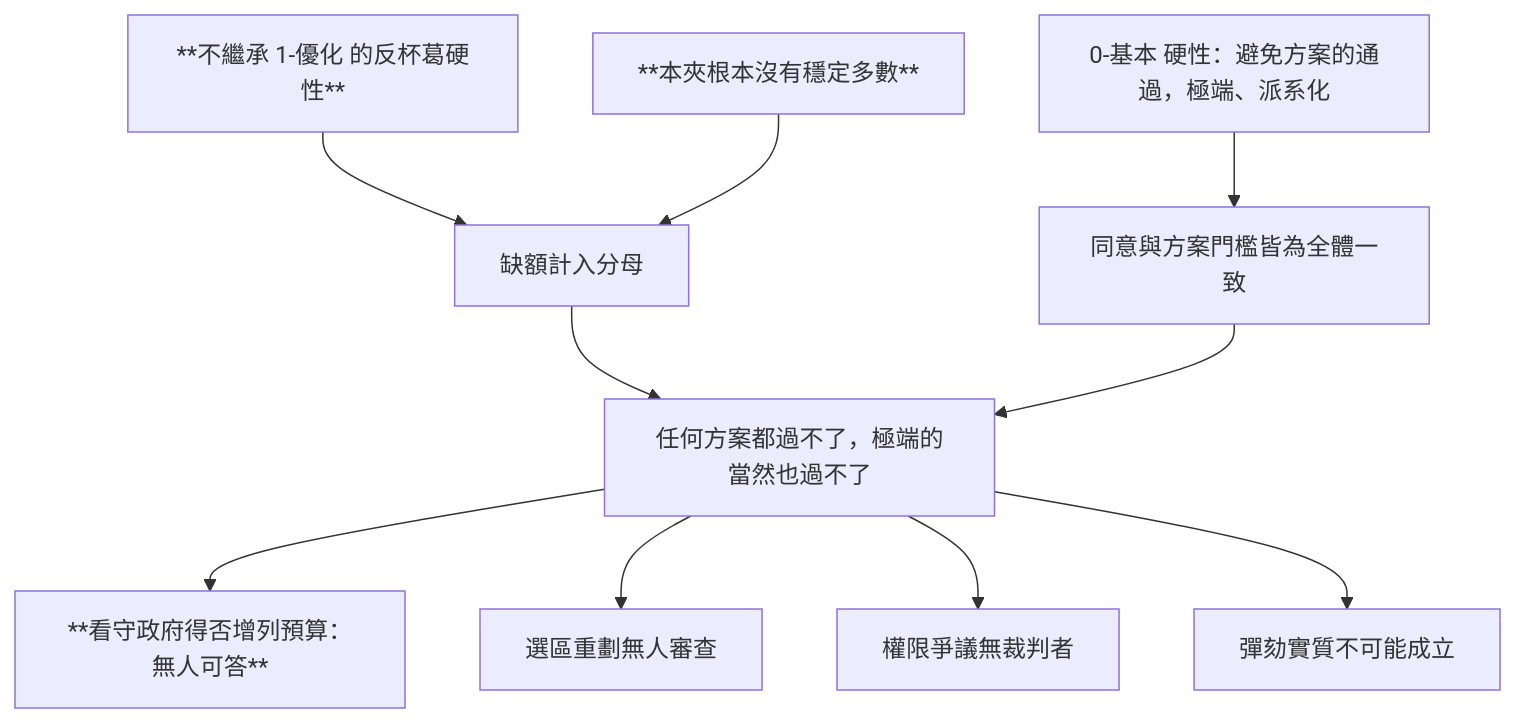
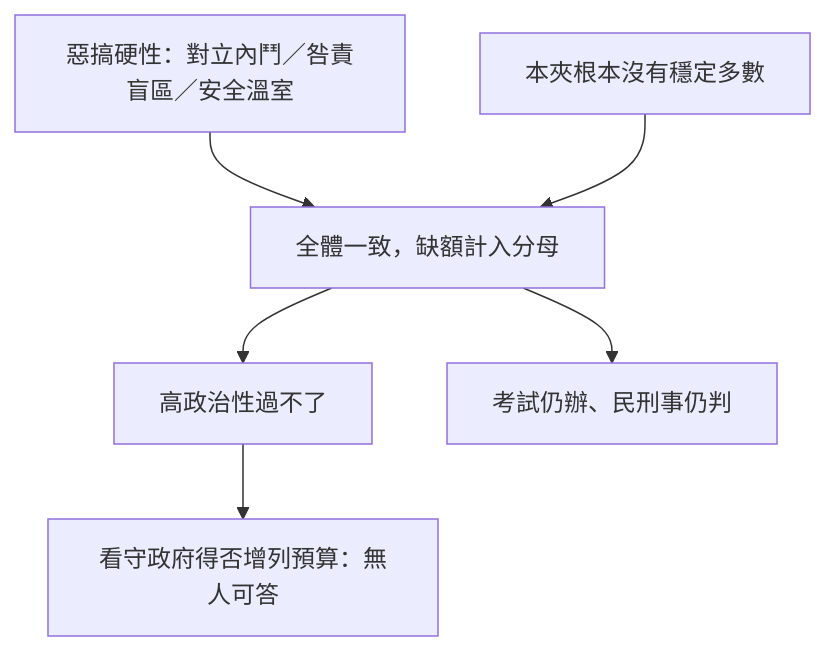
Before and after one commit to IRonROOT578/Political-Economy-Research-Public: the fourth of 7 diagrams in topics/regime-designs/designs/台灣/一院議會制-惡搞/憲政架構圖.md, drawn with Mermaid. The commit also changed other lines of this file and 128 other files, not shown here.

````diff
--- a/topics/regime-designs/designs/台灣/一院議會制-惡搞/憲政架構圖.md
+++ b/topics/regime-designs/designs/台灣/一院議會制-惡搞/憲政架構圖.md
@@ -56,12 +56,8 @@
 ```mermaid
 flowchart TD
-  Req[0-基本 硬性：避免方案的通過，極端、派系化] --> Rule[同意與方案門檻皆為全體一致]
-  NoAnti[**不繼承 1-優化 的反杯葛硬性**] --> Vacancy[缺額計入分母]
-  NoMaj[**本夾根本沒有穩定多數**] --> Vacancy
-  Vacancy --> Nothing[任何方案都過不了，極端的當然也過不了]
-  Rule --> Nothing
-  Nothing --> C1[**看守政府得否增列預算：無人可答**]
-  Nothing --> C2[選區重劃無人審查]
-  Nothing --> C3[權限爭議無裁判者]
-  Nothing --> C4[彈劾實質不可能成立]
+  Req[惡搞硬性：對立內鬥／咎責盲區／安全溫室] --> Rule[全體一致，缺額計入分母]
+  NoMaj[本夾根本沒有穩定多數] --> Rule
+  Rule --> High[高政治性過不了]
+  Rule --> Safe[考試仍辦、民刑事仍判]
+  High --> C1[看守政府得否增列預算：無人可答]
 ```
````
